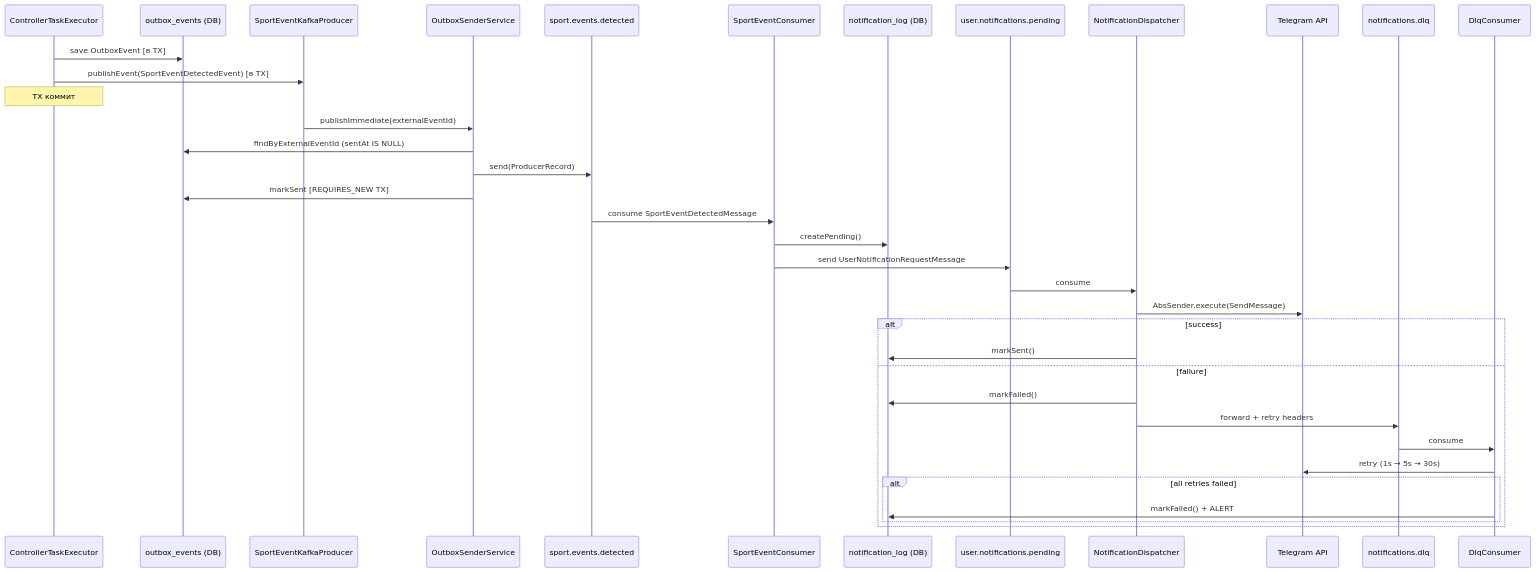
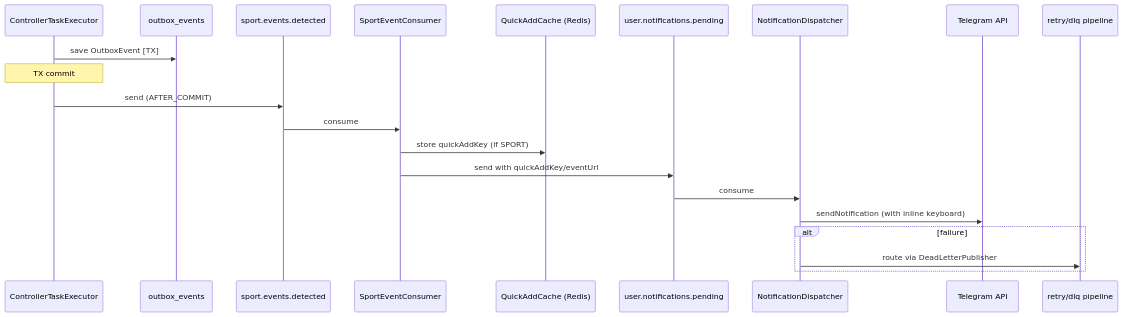
One commit to Hitman-nn/Valui_v2 changed the second of 3 diagrams in docs/ARCHITECTURE.md. Above: the diagram before and after it, drawn with Mermaid. The commit also changed other lines of this file and 87 other files, not shown here.

````diff
--- a/docs/ARCHITECTURE.md
+++ b/docs/ARCHITECTURE.md
@@ -452,41 +409,26 @@
 ```mermaid
 sequenceDiagram
     participant CTE as ControllerTaskExecutor
-    participant OB as outbox_events (DB)
-    participant SEKP as SportEventKafkaProducer
-    participant OSS as OutboxSenderService
+    participant OB as outbox_events
     participant K1 as sport.events.detected
     participant SEC as SportEventConsumer
-    participant NL as notification_log (DB)
+    participant Cache as QuickAddCache (Redis)
     participant K2 as user.notifications.pending
     participant ND as NotificationDispatcher
     participant TG as Telegram API
-    participant DLQ as notifications.dlq
-    participant DLQC as DlqConsumer
+    participant DLQ as retry/dlq pipeline
 
-    CTE->>OB: save OutboxEvent [в TX]
-    CTE->>SEKP: publishEvent(SportEventDetectedEvent) [в TX]
-    Note over CTE: TX коммит
-    SEKP->>OSS: publishImmediate(externalEventId)
-    OSS->>OB: findByExternalEventId (sentAt IS NULL)
-    OSS->>K1: send(ProducerRecord)
-    OSS->>OB: markSent [REQUIRES_NEW TX]
+    CTE->>OB: save OutboxEvent [TX]
+    Note over CTE: TX commit
+    CTE->>K1: send (AFTER_COMMIT)
 
-    K1->>SEC: consume SportEventDetectedMessage
-    SEC->>NL: createPending()
-    SEC->>K2: send UserNotificationRequestMessage
+    K1->>SEC: consume
+    SEC->>Cache: store quickAddKey (if SPORT)
+    SEC->>K2: send with quickAddKey/eventUrl
 
     K2->>ND: consume
-    ND->>TG: AbsSender.execute(SendMessage)
-    alt success
-        ND->>NL: markSent()
-    else failure
-        ND->>NL: markFailed()
-        ND->>DLQ: forward + retry headers
-        DLQ->>DLQC: consume
-        DLQC->>TG: retry (1s → 5s → 30s)
-        alt all retries failed
-            DLQC->>NL: markFailed() + ALERT
-        end
+    ND->>TG: sendNotification (with inline keyboard)
+    alt failure
+        ND->>DLQ: route via DeadLetterPublisher
     end
 ```
````
